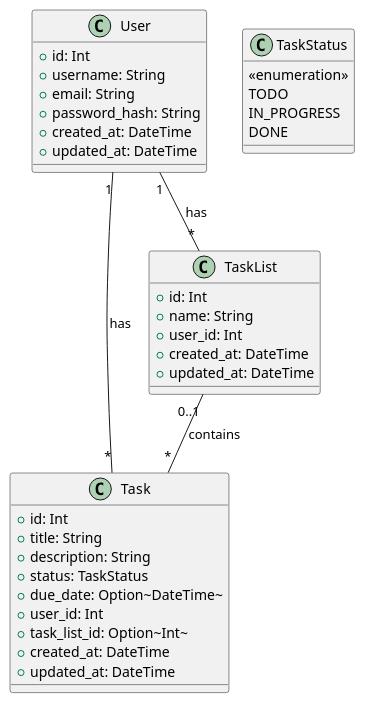
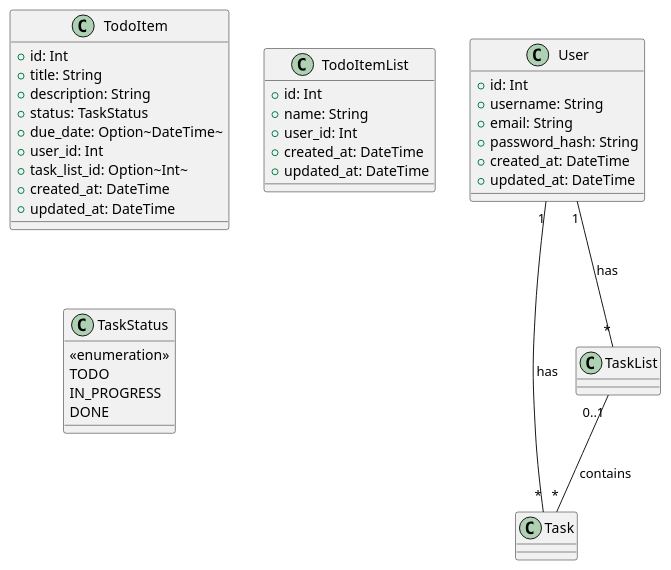
One commit to Generaite-Labs/generaite_todo_app changed the diagram in documentation/04_data_model.md. Above: the diagram before and after it, drawn with PlantUML. The commit also changed 7 other files, not shown here.

````diff
--- a/documentation/04_data_model.md
+++ b/documentation/04_data_model.md
@@ -1,37 +1,37 @@
 ```plantuml
     class User {
         +id: Int
         +username: String
         +email: String
         +password_hash: String
         +created_at: DateTime
         +updated_at: DateTime
     }
-    class Task {
+    class TodoItem {
         +id: Int
         +title: String
         +description: String
         +status: TaskStatus
         +due_date: Option~DateTime~
         +user_id: Int
         +task_list_id: Option~Int~
         +created_at: DateTime
         +updated_at: DateTime
     }
-    class TaskList {
+    class TodoItemList {
         +id: Int
         +name: String
         +user_id: Int
         +created_at: DateTime
         +updated_at: DateTime
     }
     class TaskStatus {
         <<enumeration>>
         TODO
         IN_PROGRESS
         DONE
     }
     User "1" -- "*" Task : has
     User "1" -- "*" TaskList : has
     TaskList "0..1" -- "*" Task : contains
 ```
````
